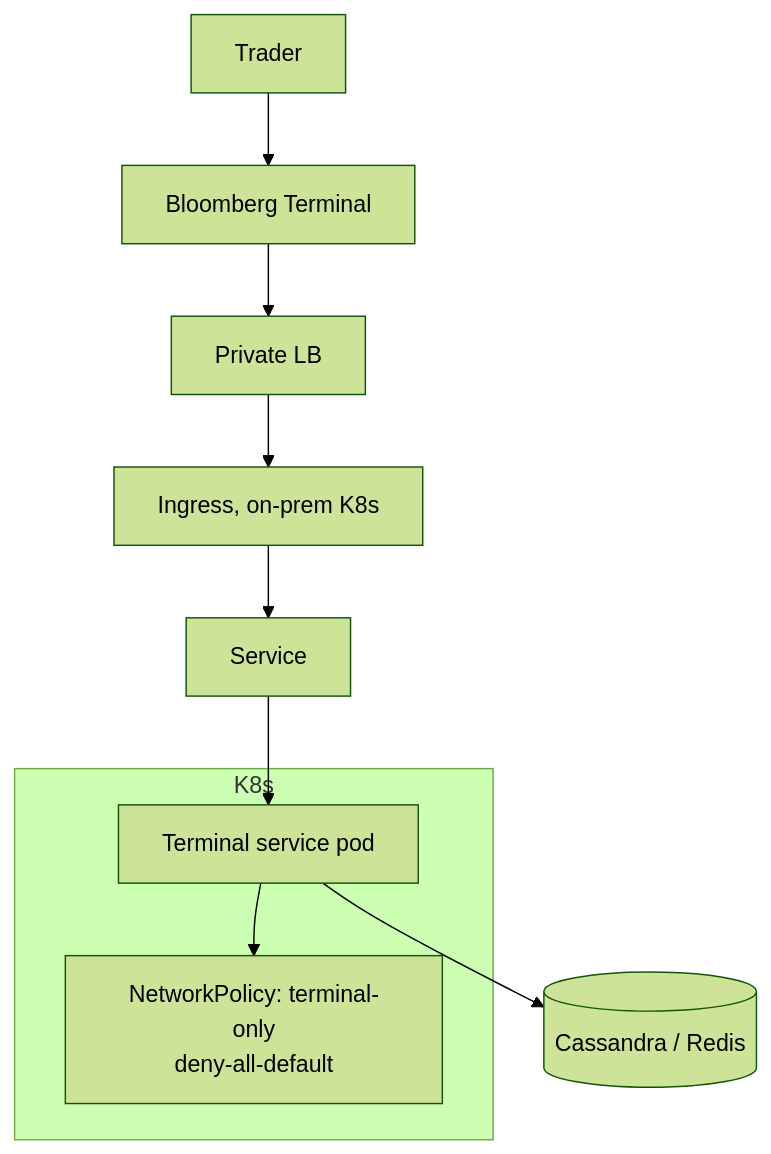
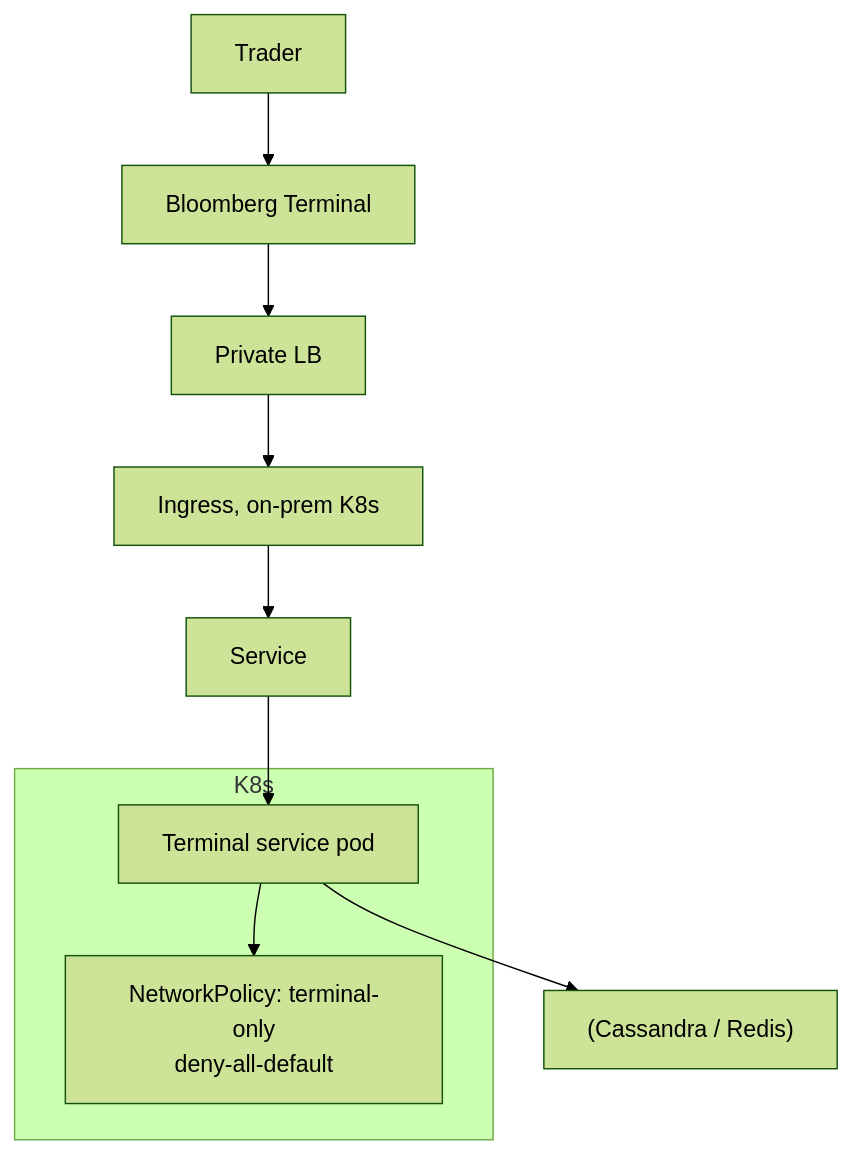
The diagram in 17-company-cases/bloomberg.md (WhoisMonesh/K8S-Everything), drawn with Mermaid (forest theme) before and after one commit. The commit also changed 62 other files, not shown here.

First line of the commit message:
Fix all Mermaid diagrams for GitHub compatibility

````diff
--- a/17-company-cases/bloomberg.md
+++ b/17-company-cases/bloomberg.md
@@ -24,13 +24,13 @@
 ```mermaid
 graph TD
     Trader --> Terminal[Bloomberg Terminal]
     Terminal --> LB[Private LB]
     LB --> Ingress[Ingress, on-prem K8s]
     Ingress --> SVC[Service]
     SVC --> POD[Terminal service pod]
-    POD --> DB[(Cassandra / Redis)]
-    subgraph K8s
+    POD --> DB["(Cassandra / Redis)"]
+    subgraph "K8s"
         NP[NetworkPolicy: terminal-only<br/>deny-all-default]
         POD --> NP
     end
 ```
````
